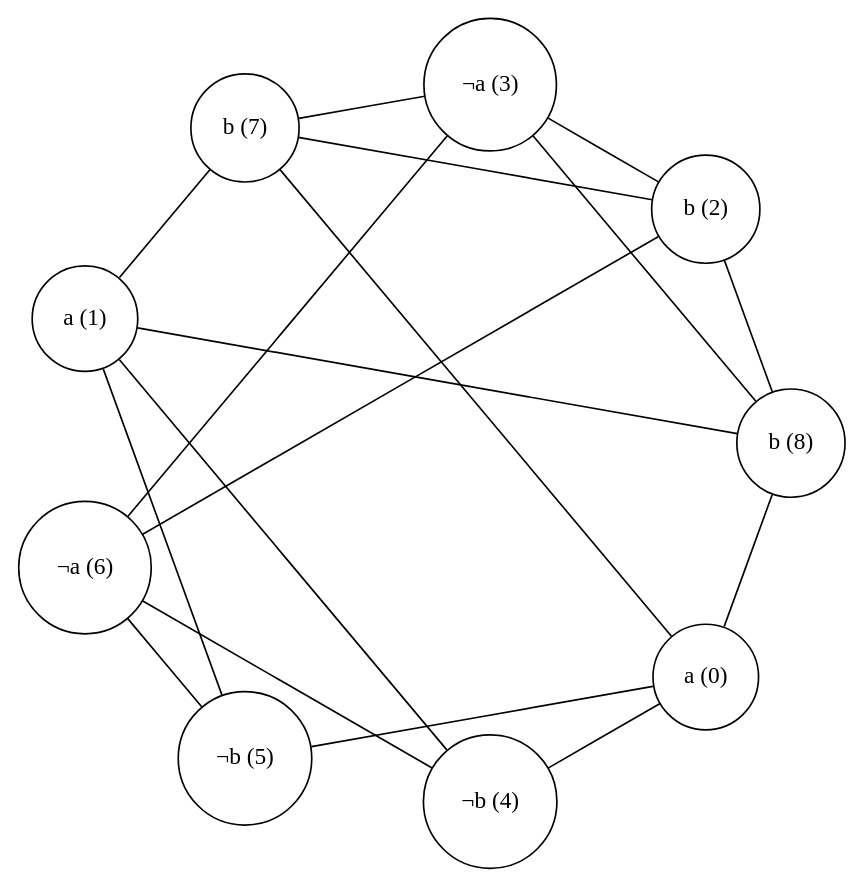
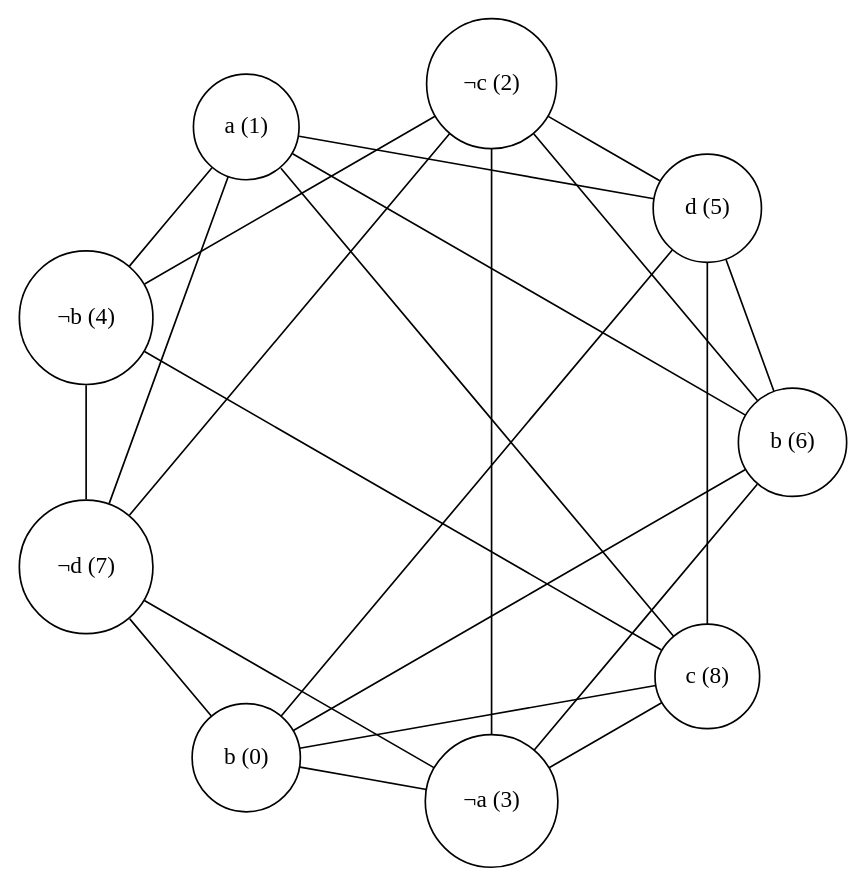
The diagram in dot/graph.dot (Daniel-del-Castillo/3SAT-Clique-Transformation), drawn with Graphviz before and after one commit. The commit also changed 1 other file, not shown here.

```diff
--- a/dot/graph.dot
+++ b/dot/graph.dot
@@ -1,25 +1,30 @@
 graph CLIQUE {
 	splines=false;
 	rankdir=LR ;
 	size = "10 , 4";
 	layout=circo;
 	d2tstyleonly = true;
 	node [ shape = circle ];
-	"b (7)" -- "b (2)";
-	"b (7)" -- "a (1)";
+	"c (8)" -- "b (0)";
+	"b (6)" -- "¬c (2)";
 	"¬b (4)" -- "a (1)";
-	"¬b (5)" -- "a (0)";
-	"b (8)" -- "b (2)";
-	"b (2)" -- "¬a (3)";
-	"b (7)" -- "¬a (3)";
-	"¬b (4)" -- "a (0)";
-	"b (8)" -- "a (0)";
-	"b (8)" -- "¬a (3)";
-	"¬b (5)" -- "a (1)";
-	"¬b (5)" -- "¬a (6)";
-	"¬a (6)" -- "¬a (3)";
-	"b (8)" -- "a (1)";
-	"b (7)" -- "a (0)";
-	"¬a (6)" -- "b (2)";
-	"¬b (4)" -- "¬a (6)";
+	"¬b (4)" -- "¬c (2)";
+	"a (1)" -- "¬d (7)";
+	"¬a (3)" -- "b (6)";
+	"¬c (2)" -- "d (5)";
+	"¬a (3)" -- "¬c (2)";
+	"c (8)" -- "a (1)";
+	"d (5)" -- "b (0)";
+	"c (8)" -- "d (5)";
+	"c (8)" -- "¬a (3)";
+	"b (6)" -- "d (5)";
+	"b (6)" -- "a (1)";
+	"¬a (3)" -- "b (0)";
+	"¬a (3)" -- "¬d (7)";
+	"d (5)" -- "a (1)";
+	"b (6)" -- "b (0)";
+	"¬c (2)" -- "¬d (7)";
+	"b (0)" -- "¬d (7)";
+	"¬b (4)" -- "¬d (7)";
+	"¬b (4)" -- "c (8)";
 }
```
